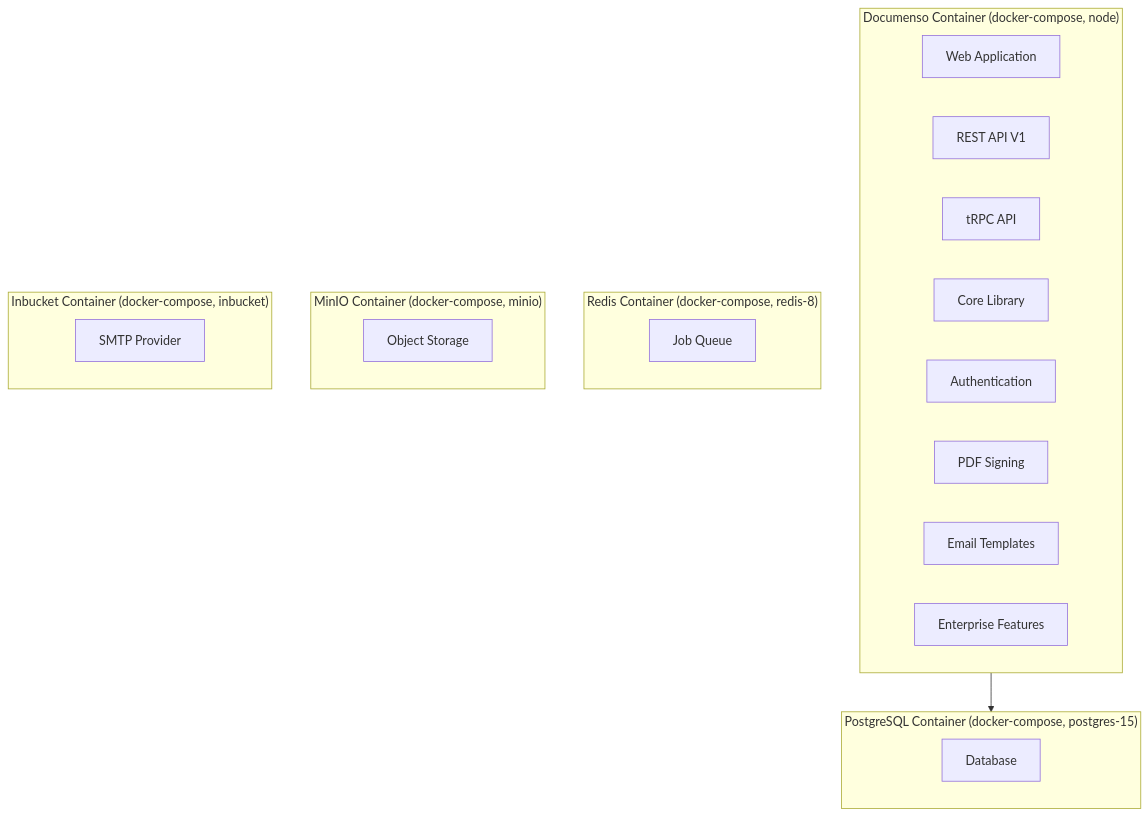
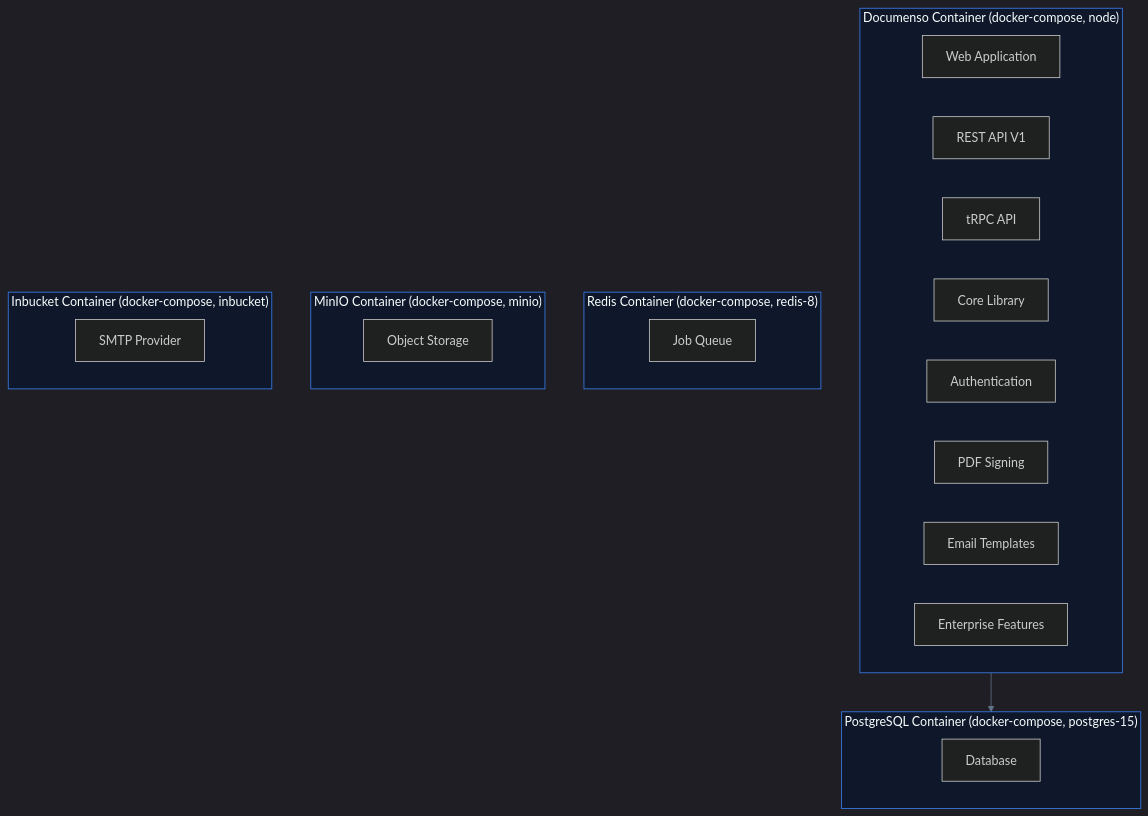
One commit to deepcodersinc/documenso changed the second of 2 diagrams in unkode_map.md. Above: the diagram before and after it, drawn with Mermaid. The commit also changed other lines of this file and 5 other files, not shown here.

````diff
--- a/unkode_map.md
+++ b/unkode_map.md
@@ -303,29 +313,30 @@
 ```mermaid
+%%{init: {'theme':'dark', 'themeVariables': {'background':'#0d1117', 'primaryColor':'#1e293b', 'primaryTextColor':'#e2e8f0', 'lineColor':'#64748b', 'clusterBkg':'#0f172a', 'clusterBorder':'#3b82f6'}}}%%
 graph TB
     subgraph Documenso_Container["Documenso Container (docker-compose, node)"]
         Documenso_Container_Web_Application["Web Application"]
         Documenso_Container_REST_API_V1["REST API V1"]
         Documenso_Container_tRPC_API["tRPC API"]
         Documenso_Container_Core_Library["Core Library"]
         Documenso_Container_Authentication["Authentication"]
         Documenso_Container_PDF_Signing["PDF Signing"]
         Documenso_Container_Email_Templates["Email Templates"]
         Documenso_Container_Enterprise_Features["Enterprise Features"]
     end
     subgraph PostgreSQL_Container["PostgreSQL Container (docker-compose, postgres-15)"]
         PostgreSQL_Container_Database["Database"]
     end
     subgraph Redis_Container["Redis Container (docker-compose, redis-8)"]
         Redis_Container_Job_Queue["Job Queue"]
     end
     subgraph MinIO_Container["MinIO Container (docker-compose, minio)"]
         MinIO_Container_Object_Storage["Object Storage"]
     end
     subgraph Inbucket_Container["Inbucket Container (docker-compose, inbucket)"]
         Inbucket_Container_SMTP_Provider["SMTP Provider"]
     end
 
     Documenso_Container --> PostgreSQL_Container
 
     classDef infra fill:#0d1f17,stroke:#10b981,stroke-width:1px,color:#6ee7b7
 ```
````
